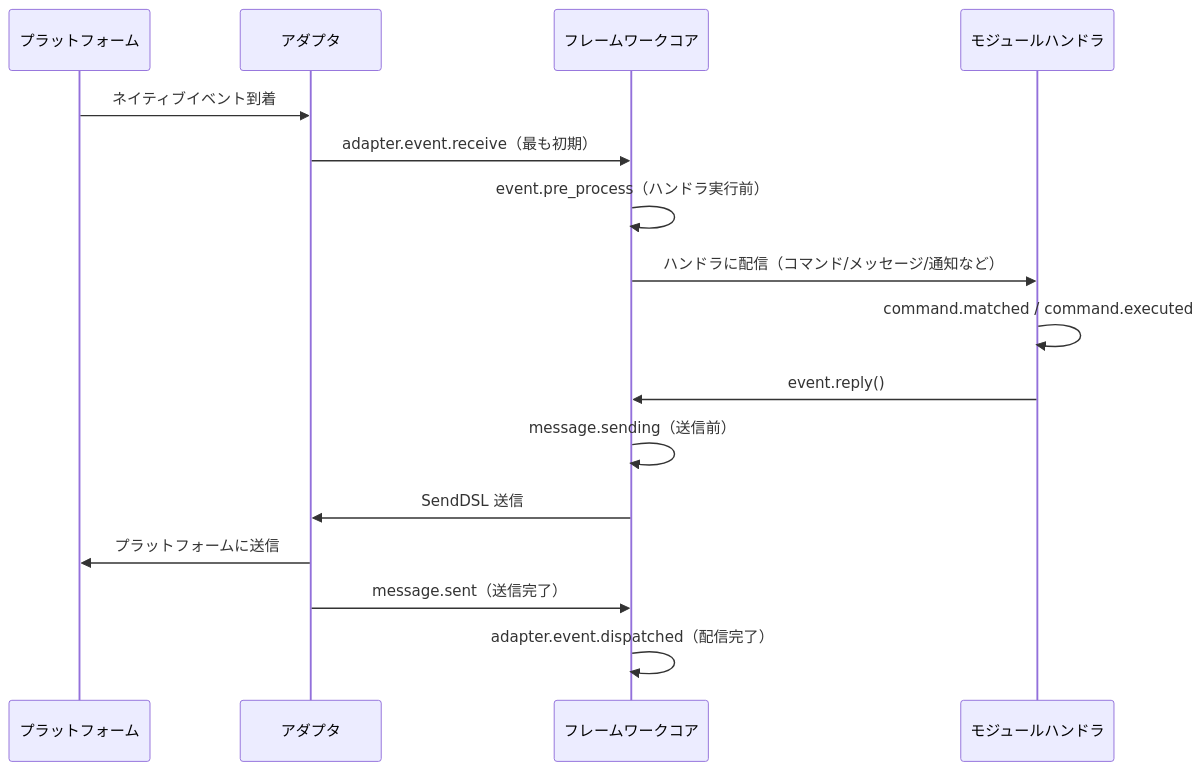
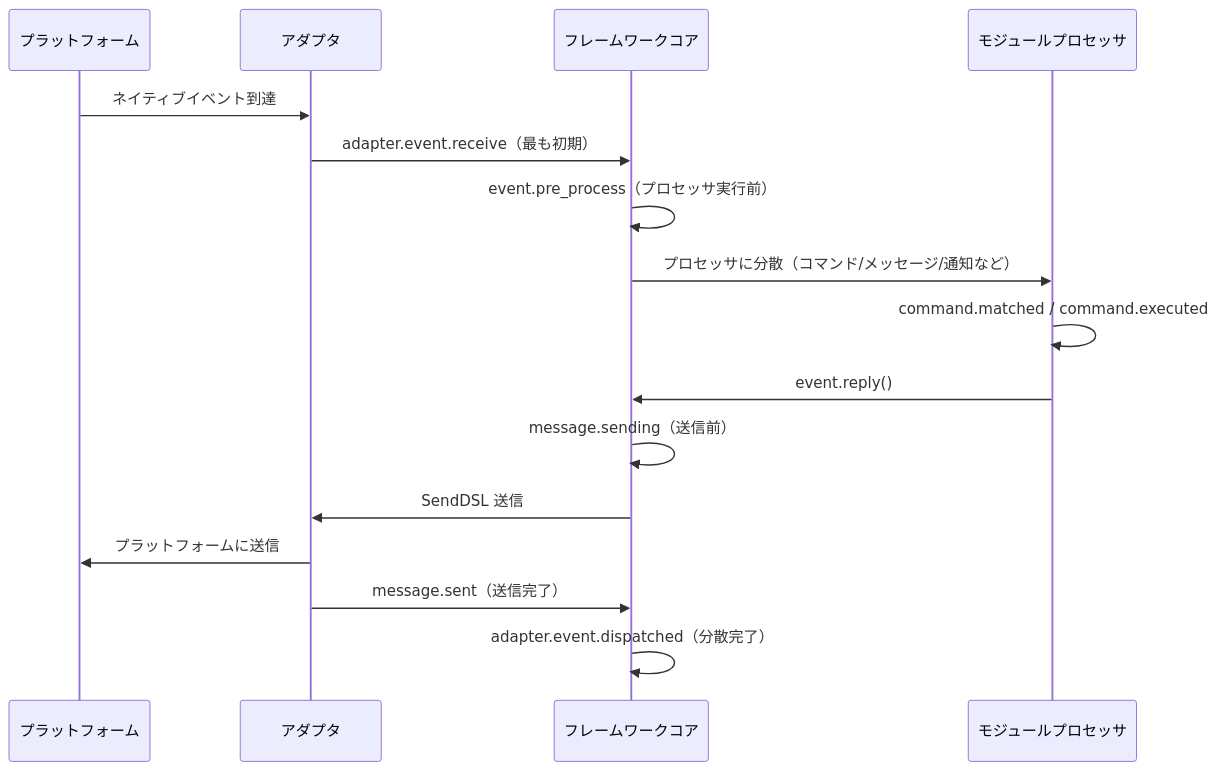
Before and after one commit to ErisPulse/ErisPulse: the diagram in docs/ja/advanced/lifecycle.md, drawn with Mermaid. The commit also changed other lines of this file and 23 other files, not shown here.

````diff
--- a/docs/ja/advanced/lifecycle.md
+++ b/docs/ja/advanced/lifecycle.md
@@ -118,19 +118,19 @@
 ```mermaid
 sequenceDiagram
     participant P as プラットフォーム
     participant A as アダプタ
     participant F as フレームワークコア
-    participant M as モジュールハンドラ
+    participant M as モジュールプロセッサ
 
-    P->>A: ネイティブイベント到着
+    P->>A: ネイティブイベント到達
     A->>F: adapter.event.receive（最も初期）
-    F->>F: event.pre_process（ハンドラ実行前）
-    F->>M: ハンドラに配信（コマンド/メッセージ/通知など）
+    F->>F: event.pre_process（プロセッサ実行前）
+    F->>M: プロセッサに分散（コマンド/メッセージ/通知など）
     M->>M: command.matched / command.executed
     M->>F: event.reply()
     F->>F: message.sending（送信前）
     F->>A: SendDSL 送信
     A->>P: プラットフォームに送信
     A->>F: message.sent（送信完了）
-    F->>F: adapter.event.dispatched（配信完了）
+    F->>F: adapter.event.dispatched（分散完了）
 ```
````
